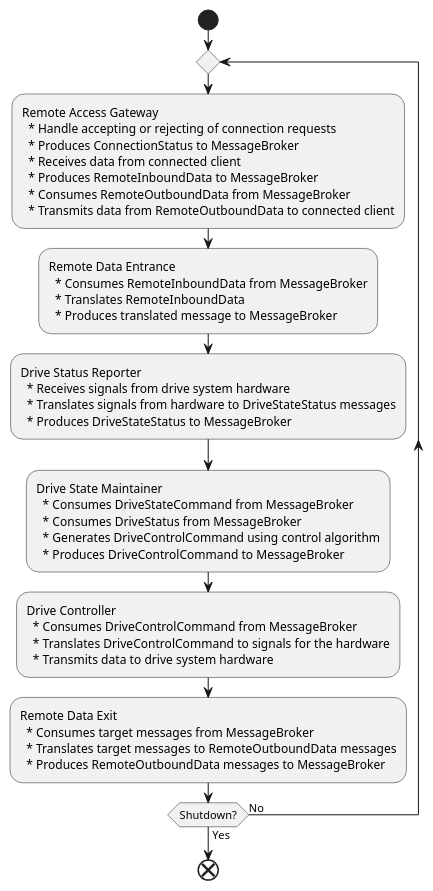
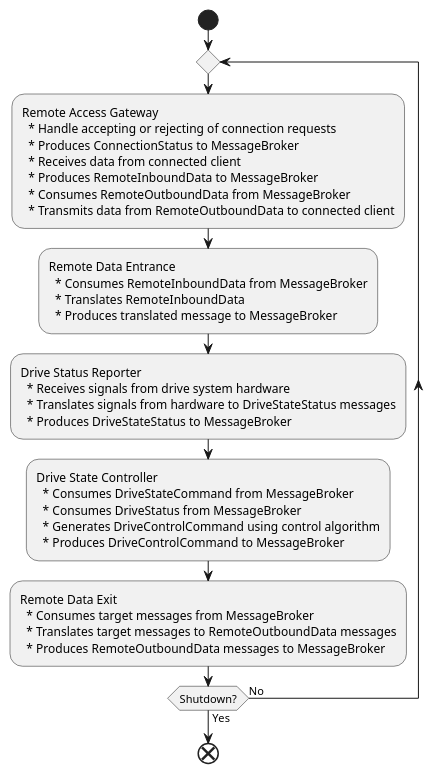
Before and after one commit to The-Arkitekt/the-robot: the diagram in design/service-flow.puml, drawn with PlantUML. The commit also changed 3 other files, not shown here.

```diff
--- a/design/service-flow.puml
+++ b/design/service-flow.puml
@@ -1,44 +1,39 @@
 @startuml
 
 start
 
 repeat
 :Remote Access Gateway
   * Handle accepting or rejecting of connection requests
   * Produces ConnectionStatus to MessageBroker
   * Receives data from connected client
   * Produces RemoteInboundData to MessageBroker
   * Consumes RemoteOutboundData from MessageBroker
   * Transmits data from RemoteOutboundData to connected client; 
 
 :Remote Data Entrance
   * Consumes RemoteInboundData from MessageBroker
   * Translates RemoteInboundData
   * Produces translated message to MessageBroker;
 
 :Drive Status Reporter
   * Receives signals from drive system hardware
   * Translates signals from hardware to DriveStateStatus messages
   * Produces DriveStateStatus to MessageBroker;
 
-:Drive State Maintainer
+:Drive State Controller
   * Consumes DriveStateCommand from MessageBroker
   * Consumes DriveStatus from MessageBroker
   * Generates DriveControlCommand using control algorithm
   * Produces DriveControlCommand to MessageBroker;
-
-:Drive Controller
-  * Consumes DriveControlCommand from MessageBroker
-  * Translates DriveControlCommand to signals for the hardware
-  * Transmits data to drive system hardware;
 
 :Remote Data Exit
   * Consumes target messages from MessageBroker
   * Translates target messages to RemoteOutboundData messages
   * Produces RemoteOutboundData messages to MessageBroker;
 
 repeat while (Shutdown?) is (No) not (Yes)
 
 end
 
 @enduml
```
